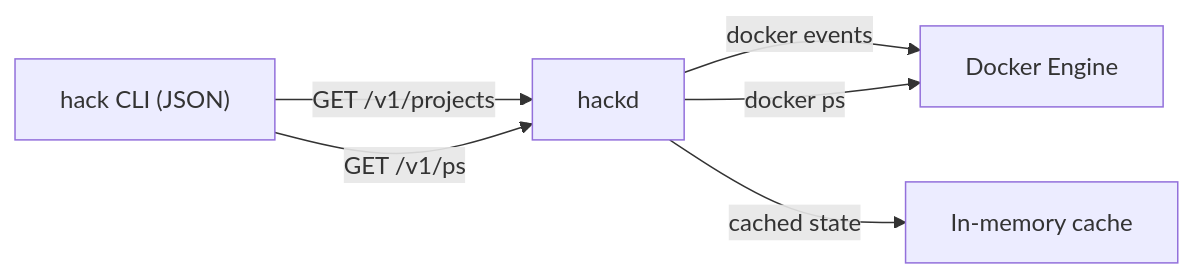
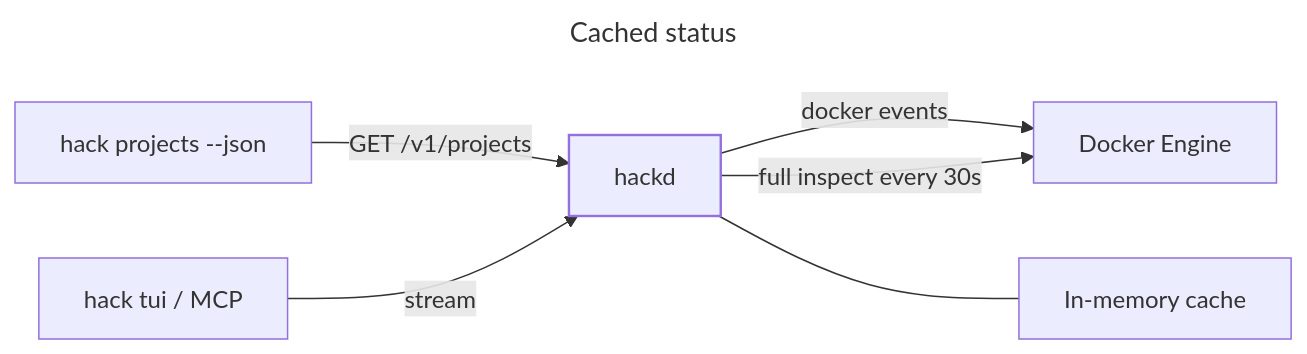
The ninth of 12 diagrams in docs/architecture.md (hack-dance/hack), drawn with Mermaid before and after one commit. The commit also changed other lines of this file, not shown here.

First line of the commit message:
docs(architecture): rewrite for v5 with current diagrams

````diff
--- a/docs/architecture.md
+++ b/docs/architecture.md
@@ -337,8 +348,13 @@
 ```mermaid
-graph LR
-  CLI["hack CLI (JSON)"] -->|GET /v1/projects| Hackd["hackd"]
-  CLI -->|GET /v1/ps| Hackd
-  Hackd -->|"docker events"| Docker["Docker Engine"]
-  Hackd -->|"docker ps"| Docker
-  Hackd -->|"cached state"| Cache["In-memory cache"]
+---
+title: Cached status
+---
+flowchart LR
+  CLI["hack projects --json"] -->|"GET /v1/projects"| H["hackd"]
+  TUI["hack tui / MCP"] -->|"stream"| H
+  H -->|"docker events"| D["Docker Engine"]
+  H -->|"full inspect every 30s"| D
+  H --- Cache["In-memory cache"]
+  classDef idle stroke-width:1.6px
+  class H idle
 ```
````
